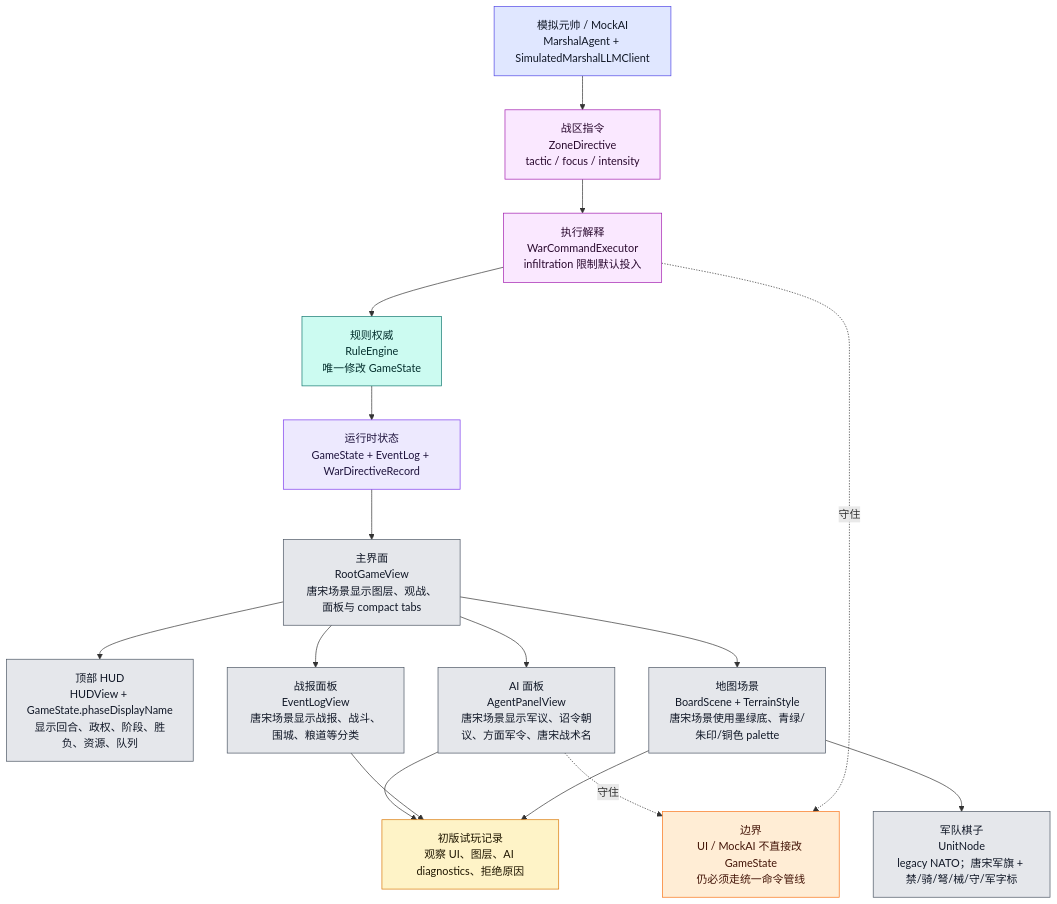
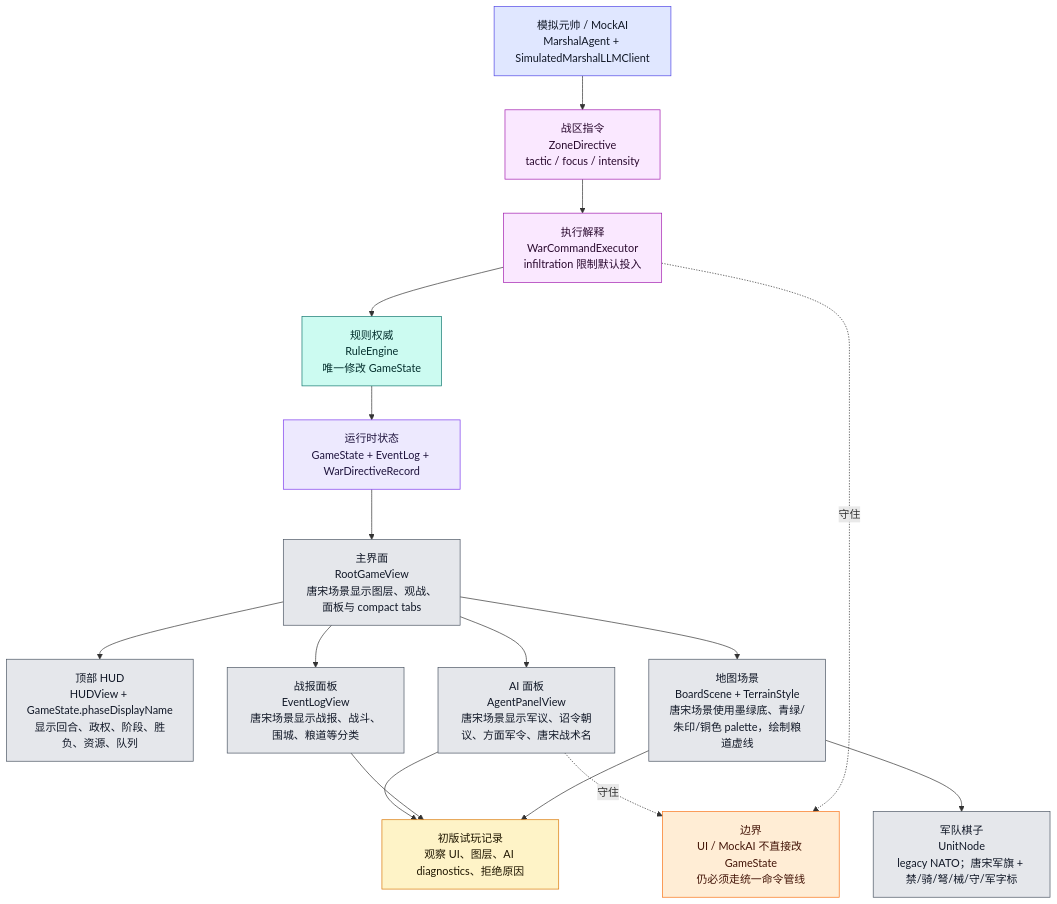
One commit to Altman-sam114/125 changed the tenth of 12 diagrams in md/flow/flowchart.md. Above: the diagram before and after it, drawn with Mermaid. The commit also changed other lines of this file and 8 other files, not shown here.

````diff
--- a/md/flow/flowchart.md
+++ b/md/flow/flowchart.md
@@ -501,38 +503,38 @@
 ```mermaid
 flowchart TD
     STATE["运行时状态<br/>GameState + EventLog + WarDirectiveRecord"]:::state
     ROOT["主界面<br/>RootGameView<br/>唐宋场景显示图层、观战、面板与 compact tabs"]:::ui
     HUD["顶部 HUD<br/>HUDView + GameState.phaseDisplayName<br/>显示回合、政权、阶段、胜负、资源、队列"]:::ui
     LOG["战报面板<br/>EventLogView<br/>唐宋场景显示战报、战斗、围城、粮道等分类"]:::ui
     AIUI["AI 面板<br/>AgentPanelView<br/>唐宋场景显示军议、诏令朝议、方面军令、唐宋战术名"]:::ui
-    BOARD["地图场景<br/>BoardScene + TerrainStyle<br/>唐宋场景使用墨绿底、青绿/朱印/铜色 palette"]:::ui
+    BOARD["地图场景<br/>BoardScene + TerrainStyle<br/>唐宋场景使用墨绿底、青绿/朱印/铜色 palette，绘制粮道虚线"]:::ui
     UNIT["军队棋子<br/>UnitNode<br/>legacy NATO；唐宋军旗 + 禁/骑/弩/械/守/军字标"]:::ui
     MARSHAL["模拟元帅 / MockAI<br/>MarshalAgent + SimulatedMarshalLLMClient"]:::ai
     ZD["战区指令<br/>ZoneDirective<br/>tactic / focus / intensity"]:::command
     WCE["执行解释<br/>WarCommandExecutor<br/>infiltration 限制默认投入"]:::command
     RULE["规则权威<br/>RuleEngine<br/>唯一修改 GameState"]:::rules
     PLAYTEST["初版试玩记录<br/>观察 UI、图层、AI diagnostics、拒绝原因"]:::doc
 
     STATE --> ROOT
     ROOT --> HUD
     ROOT --> LOG
     ROOT --> AIUI
     ROOT --> BOARD
     BOARD --> UNIT
     MARSHAL --> ZD --> WCE --> RULE --> STATE
     AIUI --> PLAYTEST
     LOG --> PLAYTEST
     BOARD --> PLAYTEST
 
     WARN["边界<br/>UI / MockAI 不直接改 GameState<br/>仍必须走统一命令管线"]:::warn
     AIUI -.守住.-> WARN
     WCE -.守住.-> WARN
 
     classDef state fill:#ede9fe,stroke:#7c3aed,color:#1f143d
     classDef ui fill:#e5e7eb,stroke:#4b5563,color:#111827
     classDef ai fill:#e0e7ff,stroke:#4f46e5,color:#111827
     classDef command fill:#fae8ff,stroke:#a21caf,color:#2a0a2f
     classDef rules fill:#ccfbf1,stroke:#0f766e,color:#042f2e
     classDef doc fill:#fef3c7,stroke:#d97706,color:#1f1600
     classDef warn fill:#ffedd5,stroke:#f97316,color:#431407
 ```
````
